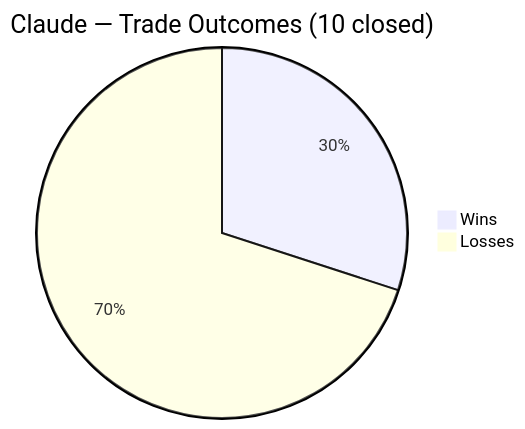
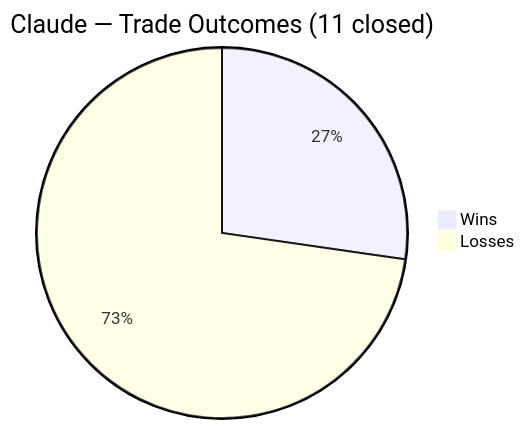
One commit to zachisit/ai-auto-buy-thesis changed the third of 5 diagrams in README.md. Above: the diagram before and after it, drawn with Mermaid. The commit also changed other lines of this file and 2 other files, not shown here.

````diff
--- a/README.md
+++ b/README.md
@@ -47,5 +47,5 @@
 ```mermaid
-pie title Claude — Trade Outcomes (10 closed)
+pie title Claude — Trade Outcomes (11 closed)
     "Wins" : 3
-    "Losses" : 7
+    "Losses" : 8
 ```
````
